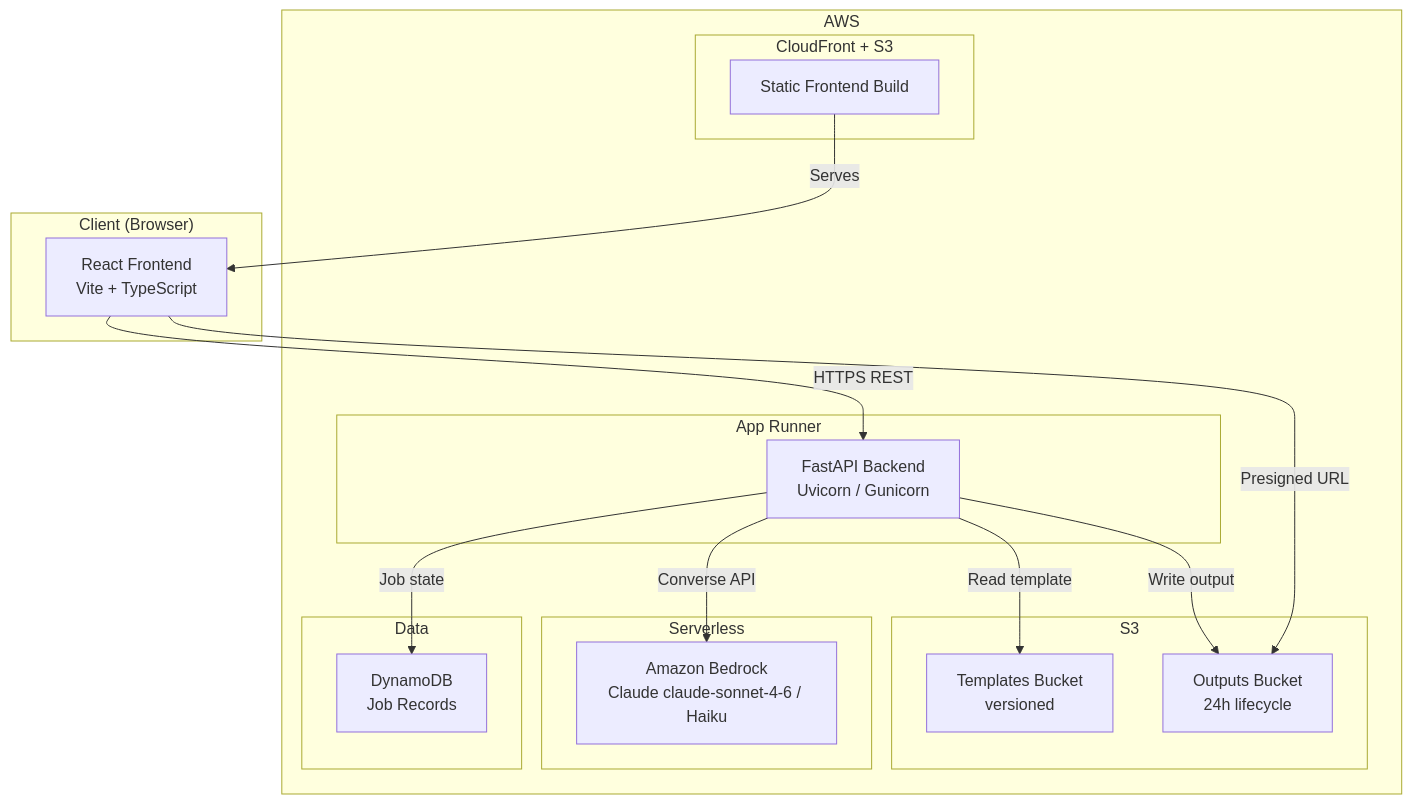
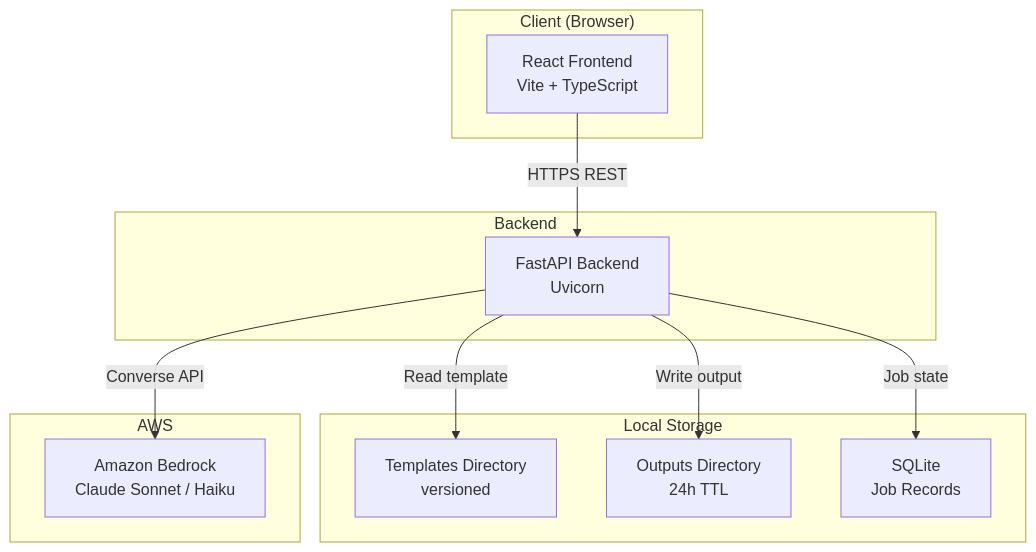
Before and after one commit to M-Chimiste/SlideAgent: the first of 6 diagrams in project_docs/architecture.md, drawn with Mermaid. The commit also changed other lines of this file and 106 other files, not shown here.

First line of the commit message:
Initial SlideAgent backend, frontend and templates

````diff
--- a/project_docs/architecture.md
+++ b/project_docs/architecture.md
@@ -5,37 +5,26 @@
 ```mermaid
 graph TB
     subgraph Client["Client (Browser)"]
         UI[React Frontend<br/>Vite + TypeScript]
     end
 
+    subgraph Server["Backend"]
+        API[FastAPI Backend<br/>Uvicorn]
+    end
+
+    subgraph LocalStore["Local Storage"]
+        TMPL[Templates Directory<br/>versioned]
+        OUT[Outputs Directory<br/>24h TTL]
+        DB[SQLite<br/>Job Records]
+    end
+
     subgraph AWS["AWS"]
-        subgraph CDN["CloudFront + S3"]
-            STATIC[Static Frontend Build]
-        end
-
-        subgraph AppRunner["App Runner"]
-            API[FastAPI Backend<br/>Uvicorn / Gunicorn]
-        end
-
-        subgraph Storage["S3"]
-            TMPL_BUCKET[Templates Bucket<br/>versioned]
-            OUT_BUCKET[Outputs Bucket<br/>24h lifecycle]
-        end
-
-        subgraph Compute["Serverless"]
-            BEDROCK[Amazon Bedrock<br/>Claude claude-sonnet-4-6 / Haiku]
-        end
-
-        subgraph Data["Data"]
-            DYNAMO[DynamoDB<br/>Job Records]
-        end
+        BEDROCK[Amazon Bedrock<br/>Claude Sonnet / Haiku]
     end
 
     UI -->|HTTPS REST| API
-    UI -->|Presigned URL| OUT_BUCKET
-    STATIC -->|Serves| UI
-    API -->|Read template| TMPL_BUCKET
-    API -->|Write output| OUT_BUCKET
-    API -->|Job state| DYNAMO
+    API -->|Read template| TMPL
+    API -->|Write output| OUT
+    API -->|Job state| DB
     API -->|Converse API| BEDROCK
 ```
````
